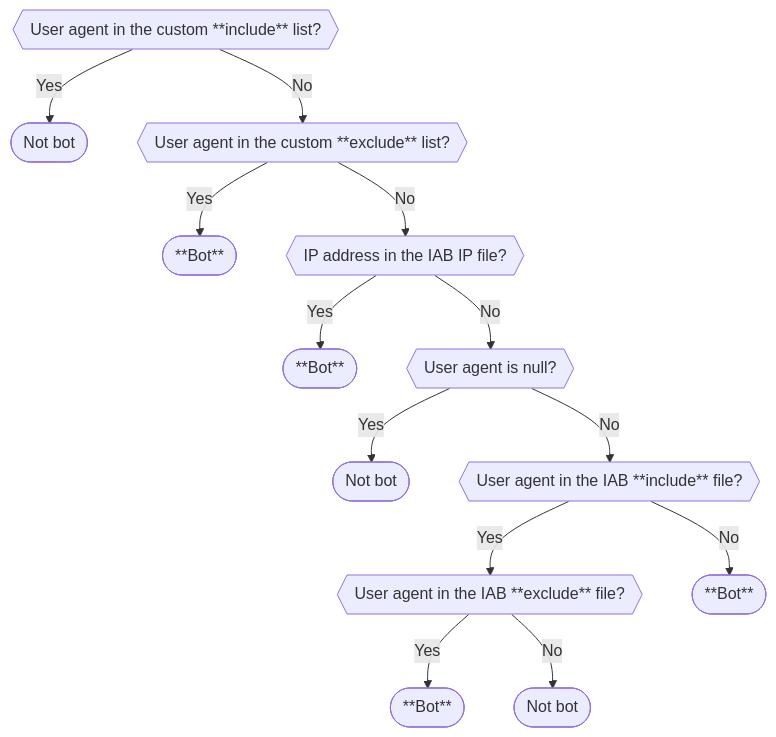
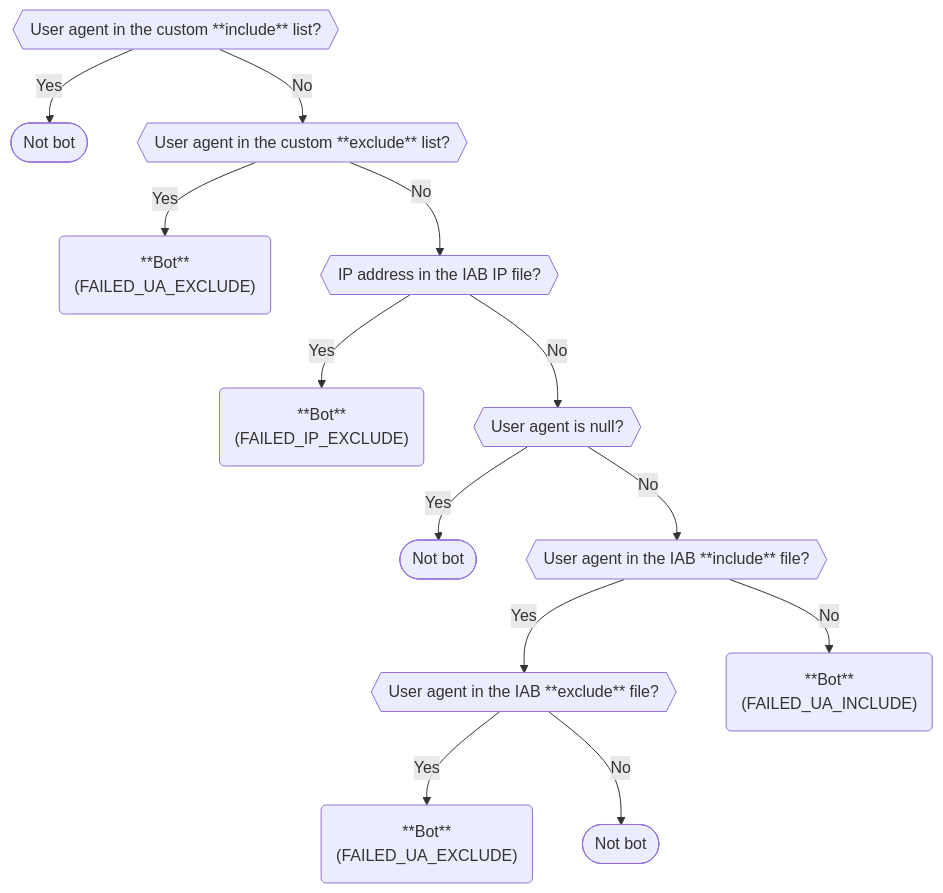
Before and after one commit to snowplow/documentation: the diagram in docs/pipeline/enrichments/available-enrichments/iab-enrichment/index.md, drawn with Mermaid. The commit also changed other lines of this file, not shown here.

Commit message:
Add reasons to IAB flowchart

````diff
--- a/docs/pipeline/enrichments/available-enrichments/iab-enrichment/index.md
+++ b/docs/pipeline/enrichments/available-enrichments/iab-enrichment/index.md
@@ -21,17 +21,17 @@
 ```mermaid
 flowchart TD
   IncList{{User agent in the custom **include** list?}}:::nowrap
-  IncList -->|Yes| NotBot1([Not bot])
+  IncList -->|Yes| NotBot1(["Not bot"])
   IncList -->|No| ExcList{{User agent in the custom **exclude** list?}}:::nowrap
-  ExcList -->|Yes| Bot1([**Bot**])
+  ExcList -->|Yes| Bot1("**Bot**<br/>(FAILED_UA_EXCLUDE)")
   ExcList -->|No| IpFile{{IP address in the IAB IP file?}}:::nowrap
-  IpFile -->|Yes| Bot2([**Bot**])
+  IpFile -->|Yes| Bot2("**Bot**<br/>(FAILED_IP_EXCLUDE)")
   IpFile -->|No| NullUA{{User agent is null?}}:::nowrap
-  NullUA -->|Yes| NotBot2([Not bot])
+  NullUA -->|Yes| NotBot2(["Not bot"])
   NullUA -->|No| IncFile{{User agent in the IAB **include** file?}}:::nowrap
   IncFile -->|Yes| ExcFile{{User agent in the IAB **exclude** file?}}:::nowrap
-  IncFile -->|No| Bot3([**Bot**])
-  ExcFile -->|Yes| Bot4([**Bot**])
-  ExcFile -->|No| NotBot3([Not bot])
+  IncFile -->|No| Bot3("**Bot**<br/>(FAILED_UA_INCLUDE)")
+  ExcFile -->|Yes| Bot4("**Bot**<br/>(FAILED_UA_EXCLUDE)")
+  ExcFile -->|No| NotBot3(["Not bot"])
   classDef nowrap white-space:nowrap
 ```
````
